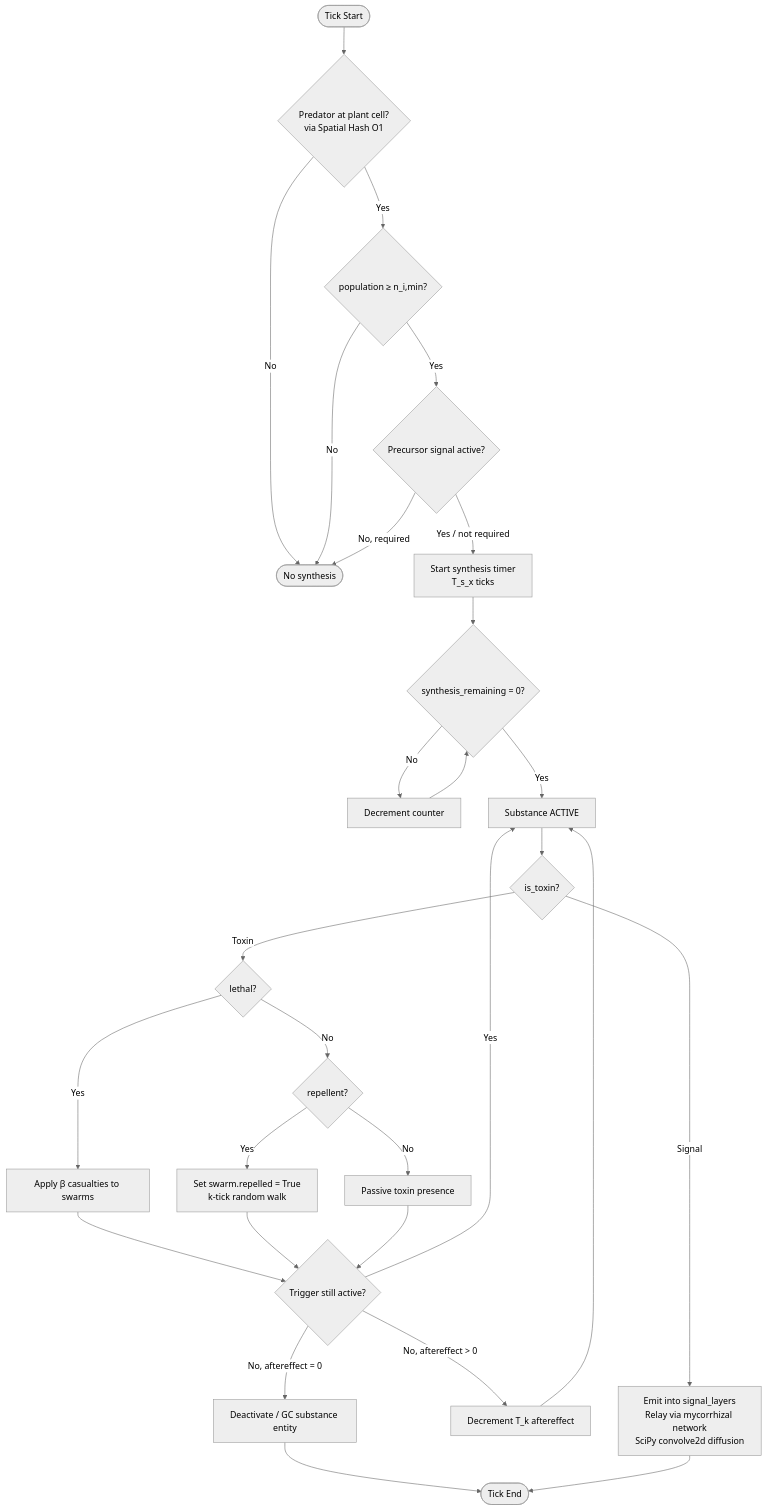
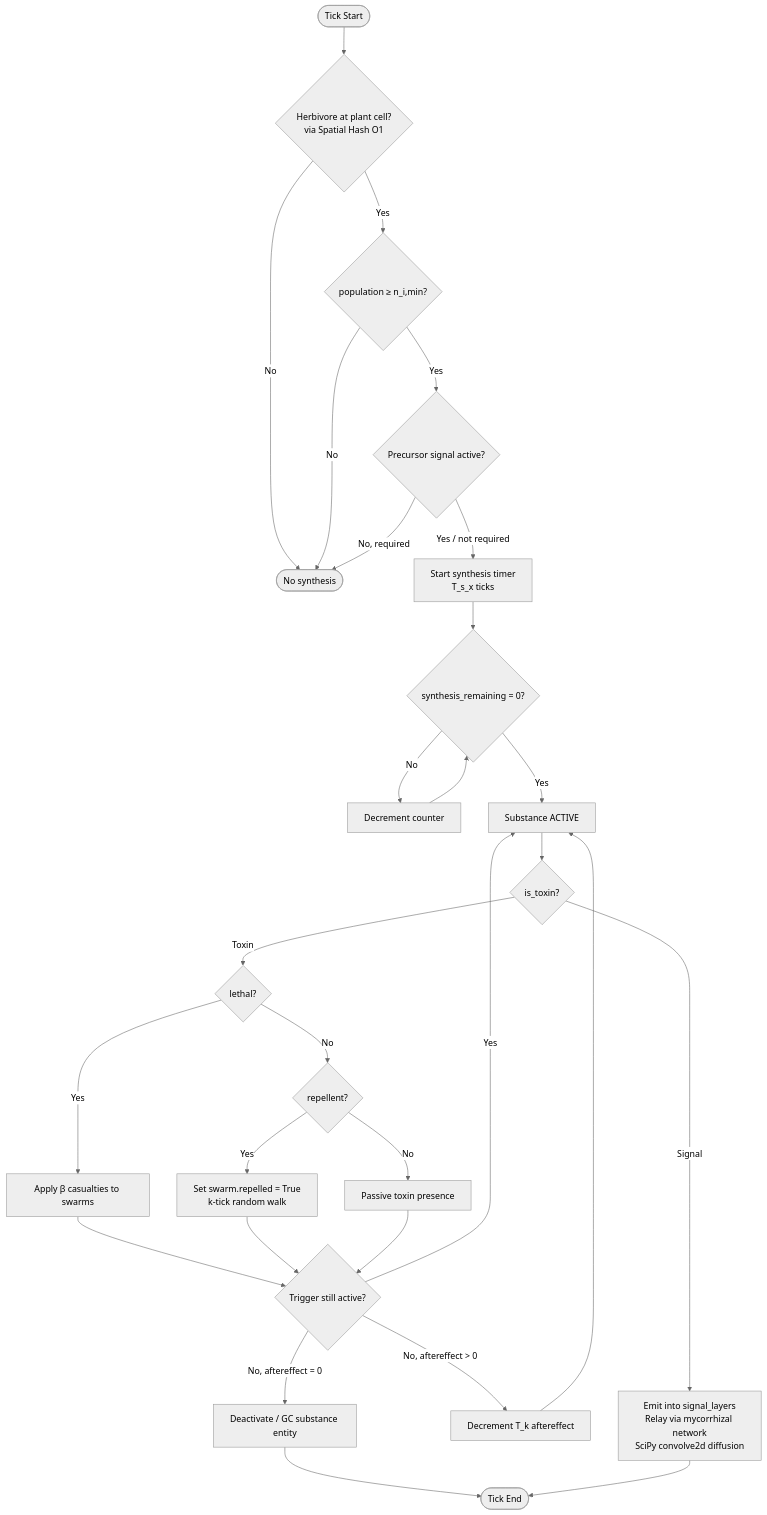
One commit to foersben/PHIDS changed the third of 4 diagrams in docs/architecture.md. Above: the diagram before and after it, drawn with Mermaid (neutral theme). The commit also changed other lines of this file and 91 other files, not shown here.

Commit message:
refactor: hard rename predator domain to herbivore across project

````diff
--- a/docs/architecture.md
+++ b/docs/architecture.md
@@ -153,30 +153,30 @@
 ```mermaid
 flowchart TD
-    A([Tick Start]) --> B{Predator at plant cell?<br/>via Spatial Hash O1}
+    A([Tick Start]) --> B{Herbivore at plant cell?<br/>via Spatial Hash O1}
     B -- No --> END([No synthesis])
     B -- Yes --> C{population ≥ n_i,min?}
     C -- No --> END
     C -- Yes --> D{Precursor signal active?}
     D -- No, required --> END
     D -- Yes / not required --> E[Start synthesis timer<br/>T_s_x ticks]
     E --> F{synthesis_remaining = 0?}
     F -- No --> G[Decrement counter]
     G --> F
     F -- Yes --> H[Substance ACTIVE]
     H --> I{is_toxin?}
     I -- Signal --> J[Emit into signal_layers<br/>Relay via mycorrhizal network<br/>SciPy convolve2d diffusion]
     I -- Toxin --> K{lethal?}
     K -- Yes --> L[Apply β casualties to swarms]
     K -- No --> M{repellent?}
     M -- Yes --> N[Set swarm.repelled = True<br/>k-tick random walk]
     M -- No --> O[Passive toxin presence]
     L --> P{Trigger still active?}
     N --> P
     O --> P
     P -- Yes --> H
     P -- No, aftereffect > 0 --> Q[Decrement T_k aftereffect]
     Q --> H
     P -- No, aftereffect = 0 --> R[Deactivate / GC substance entity]
     R --> END2([Tick End])
     J --> END2
 ```
````
